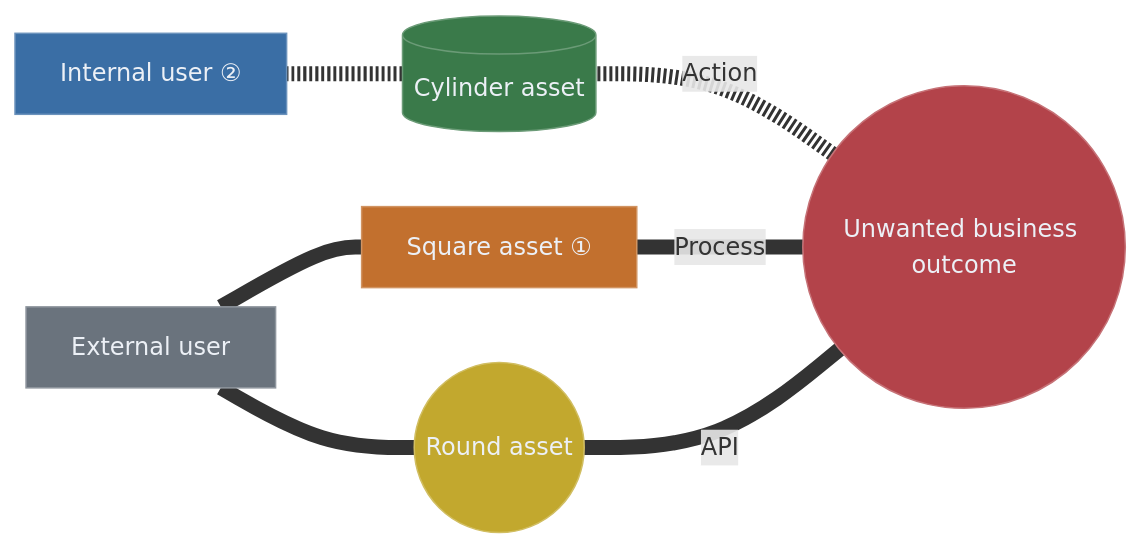
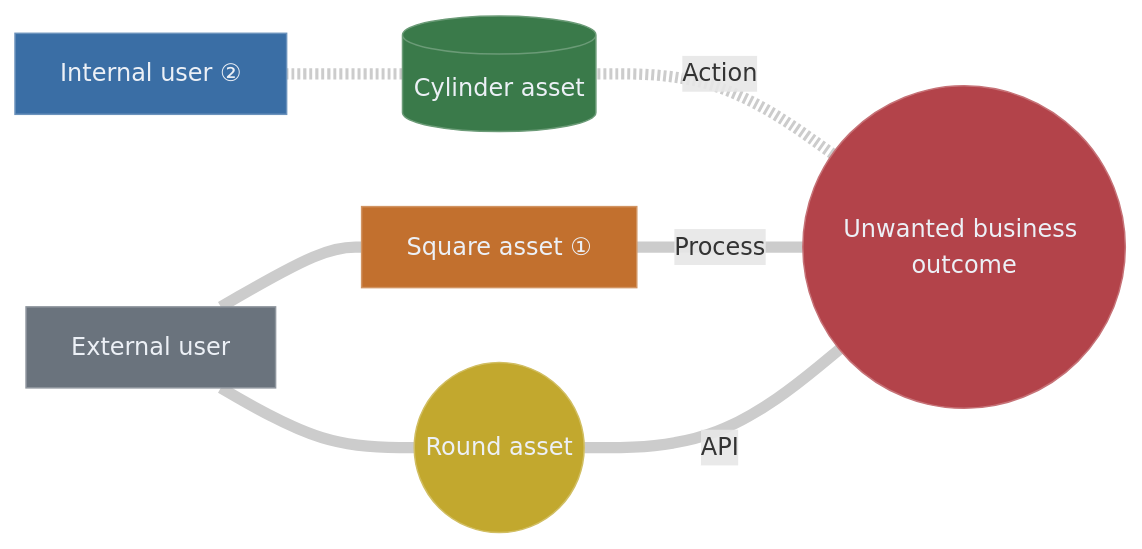
The diagram in sample-graph.md (tomituominen/APME), drawn with Mermaid before and after one commit. The commit also changed 1 other file, not shown here.

Commit message:
Edges: lighter/thinner saved lines; selection glow uses palette red
- Saved Mermaid: width 75% (EXPORT_EDGE_WIDTH 10→7.5) and lines render light
  grey (EXPORT_EDGE_COLOR #cccccc) via `linkStyle default stroke:...,
  stroke-width:...`. Regenerated sample-graph.md to match.
- Editor: the selected-edge glow (and the selected line core, color.highlight)
  now use the palette red #b3434a — same as the master/red nodes — instead of
  the one-off orange-red #e85a4f, so selection matches the red elements.

````diff
--- a/sample-graph.md
+++ b/sample-graph.md
@@ -3,27 +3,27 @@
 ```mermaid
 %% APM-DATA: {"v":1,"dir":"RL","master":"n2","pos":{"n2":[0,0],"n4":[-390,-227],"n5":[-390,-27],"n6":[-390,173],"n7":[-770,-235],"n8":[-770,65]},"bends":{"n2|n4":[-0.0741,0.3825],"n2|n5":[-0.0181,0.0348],"n2|n6":[-0.0486,-0.3349]},"notes":{"n5":"Important note about the asset","n7":"Important note about the user"}}
 flowchart RL
   n2(("Unwanted business outcome"))
   n4[("Cylinder asset")]
   n5["Square asset ①"]
   n6(("Round asset"))
   n7["Internal user ②"]
   n8["External user"]
   n2 -.-|"Action"| n4
   n2 ---|"Process"| n5
   n2 ---|"API"| n6
   n4 -.- n7
   n5 --- n8
   n6 --- n8
-  linkStyle default stroke-width:10px;
+  linkStyle default stroke:#cccccc,stroke-width:7.5px;
 
   style n2 fill:#b3434a,stroke:#c67277,color:#ecf0f6
   style n4 fill:#3a7a4a,stroke:#6b9b77,color:#ecf0f6
   style n5 fill:#c2702e,stroke:#d19462,color:#ecf0f6
   style n6 fill:#c2a82e,stroke:#d1be62,color:#ecf0f6
   style n7 fill:#3a6ea5,stroke:#6b92bc,color:#ecf0f6
   style n8 fill:#6a737d,stroke:#8f969e,color:#ecf0f6
 
   click n5 "#note-n5" "Square asset"
   click n7 "#note-n7" "Internal user"
 ```
````
